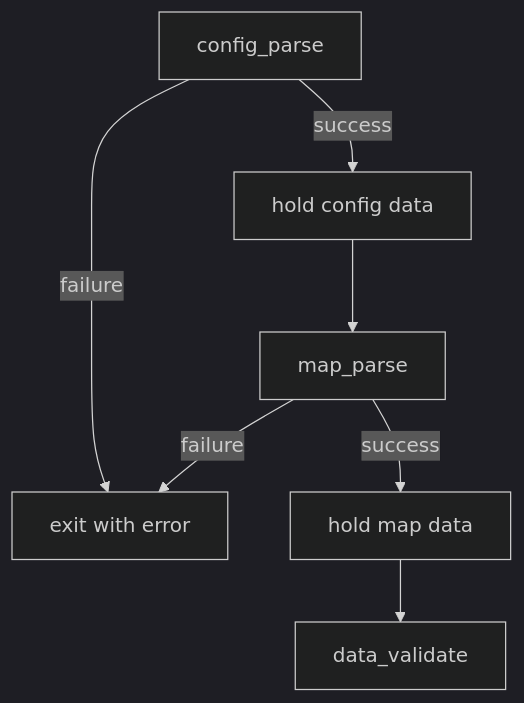
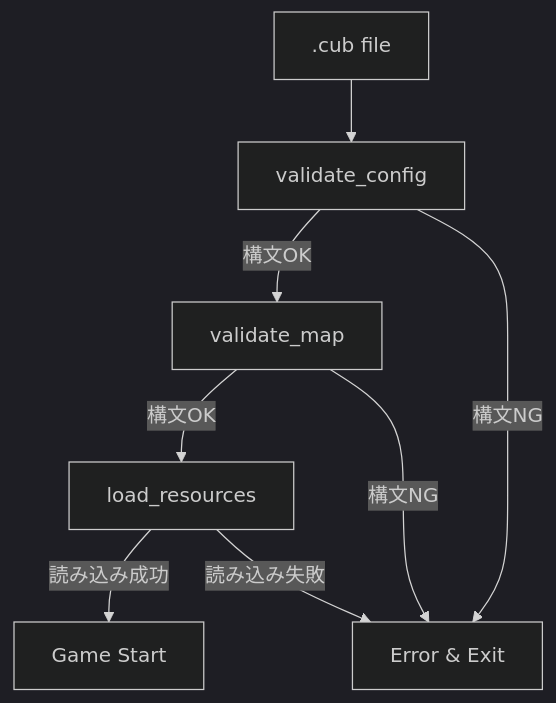
One commit to nytsdayo/cub3D changed the diagram in docs/design/modules/parse/README.md. Above: the diagram before and after it, drawn with Mermaid (dark theme). The commit also changed other lines of this file and 6 other files, not shown here.

First line of the commit message:
feat: Implement full parse_config with memory allocation

````diff
--- a/docs/design/modules/parse/README.md
+++ b/docs/design/modules/parse/README.md
@@ -3,10 +8,10 @@
 ```mermaid
 graph TD
-    B[config_parse]
-    B -->|success| C[hold config data]
-    B -->|failure| E[exit with error]
-    C --> D[map_parse]
-    D -->|success| F[hold map data]
-    D -->|failure| E
-    F --> G[data_validate]
+    A[.cub file] --> B[validate_config]
+    B -->|構文OK| C[validate_map]
+    B -->|構文NG| E[Error & Exit]
+    C -->|構文OK| D[load_resources]
+    C -->|構文NG| E
+    D -->|読み込み成功| F[Game Start]
+    D -->|読み込み失敗| E
 ```
````
